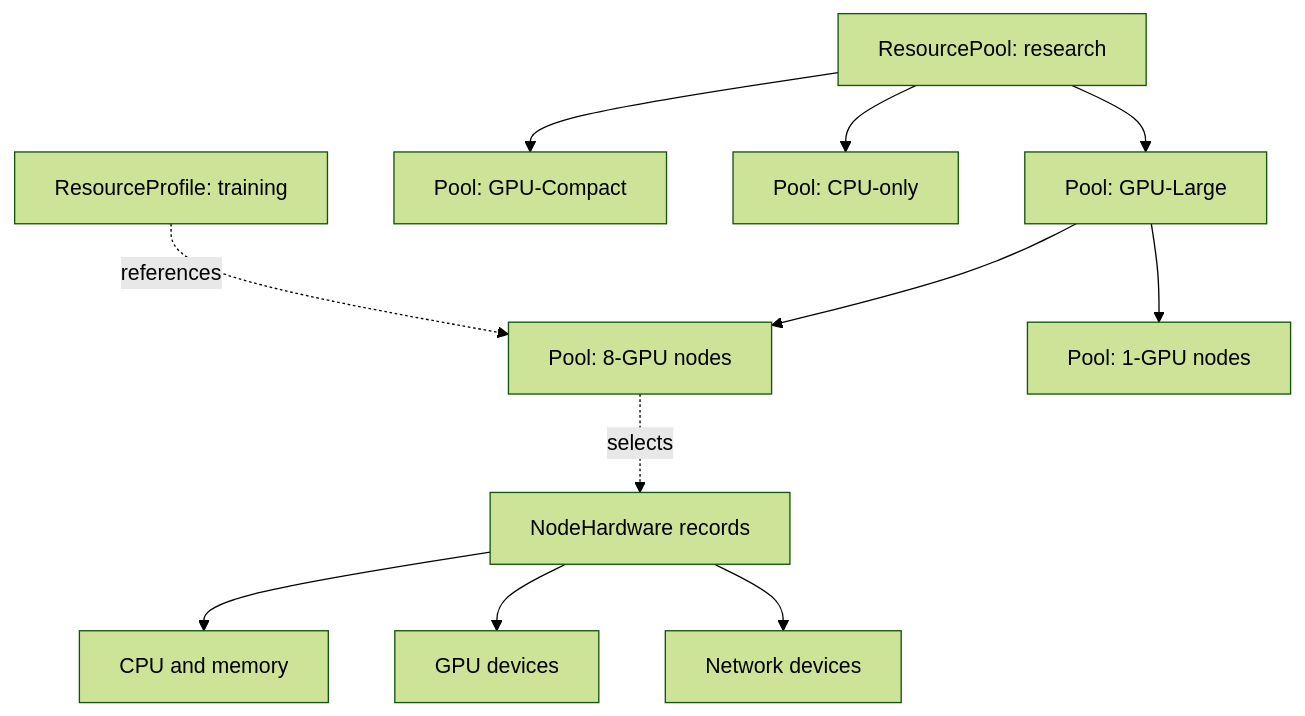
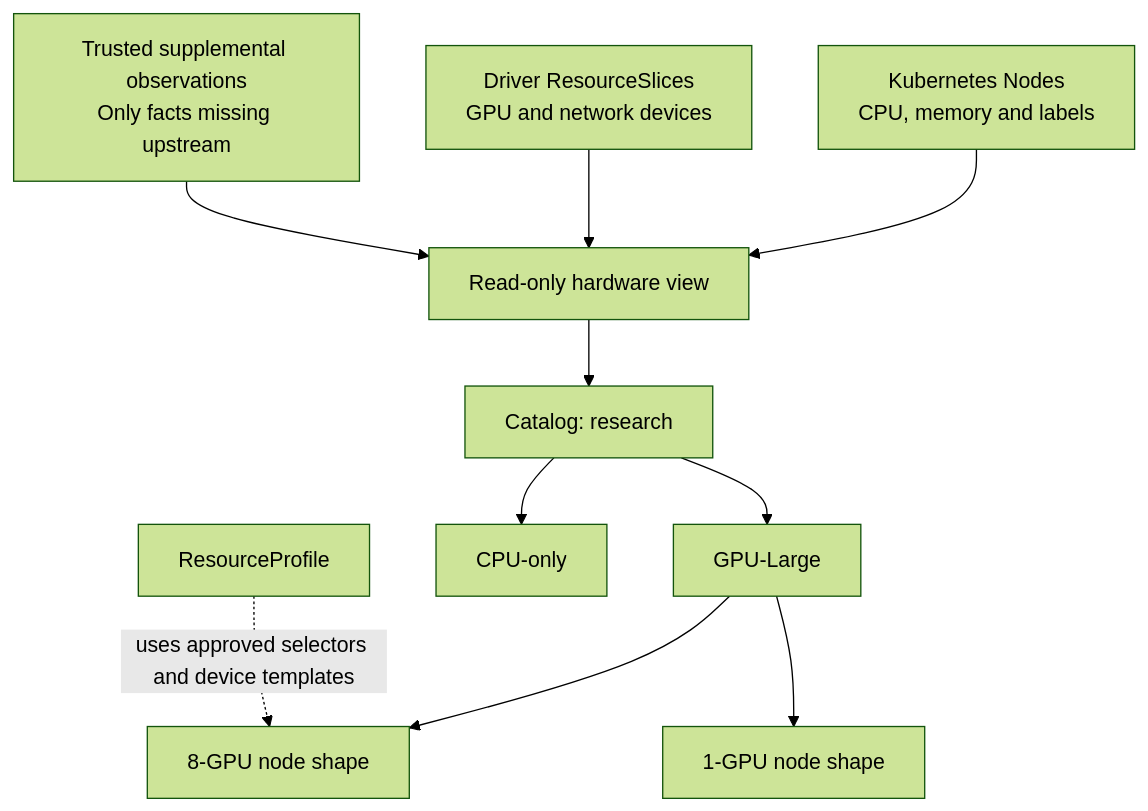
Before and after one commit to wsq2333/milos: the second of 5 diagrams in docs/resource-pools.md, drawn with Mermaid (forest theme). The commit also changed other lines of this file and 6 other files, not shown here.

````diff
--- a/docs/resource-pools.md
+++ b/docs/resource-pools.md
@@ -28,13 +38,12 @@
 ```mermaid
 flowchart TD
-    R["ResourcePool: research"] --> L["Pool: GPU-Large"]
-    R --> C["Pool: GPU-Compact"]
-    R --> CPU["Pool: CPU-only"]
-    L --> L8["Pool: 8-GPU nodes"]
-    L --> L1["Pool: 1-GPU nodes"]
-    L8 -. "selects" .-> N["NodeHardware records"]
-    N --> CM["CPU and memory"]
-    N --> GPU["GPU devices"]
-    N --> NIC["Network devices"]
-    P["ResourceProfile: training"] -. "references" .-> L8
+    N["Kubernetes Nodes<br/>CPU, memory and labels"] --> V["Read-only hardware view"]
+    S["Driver ResourceSlices<br/>GPU and network devices"] --> V
+    X["Trusted supplemental observations<br/>Only facts missing upstream"] --> V
+    V --> R["Catalog: research"]
+    R --> G["GPU-Large"]
+    R --> C["CPU-only"]
+    G --> G8["8-GPU node shape"]
+    G --> G1["1-GPU node shape"]
+    P["ResourceProfile"] -. "uses approved selectors and device templates" .-> G8
 ```
````
